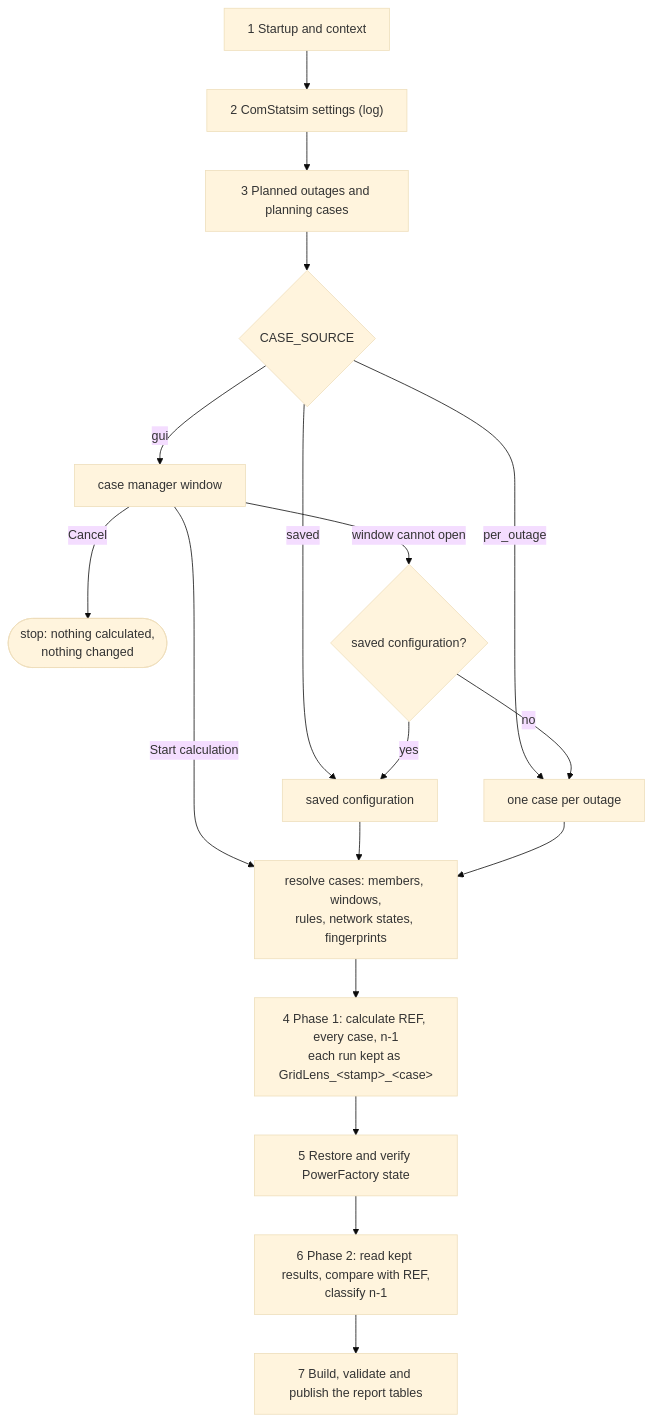
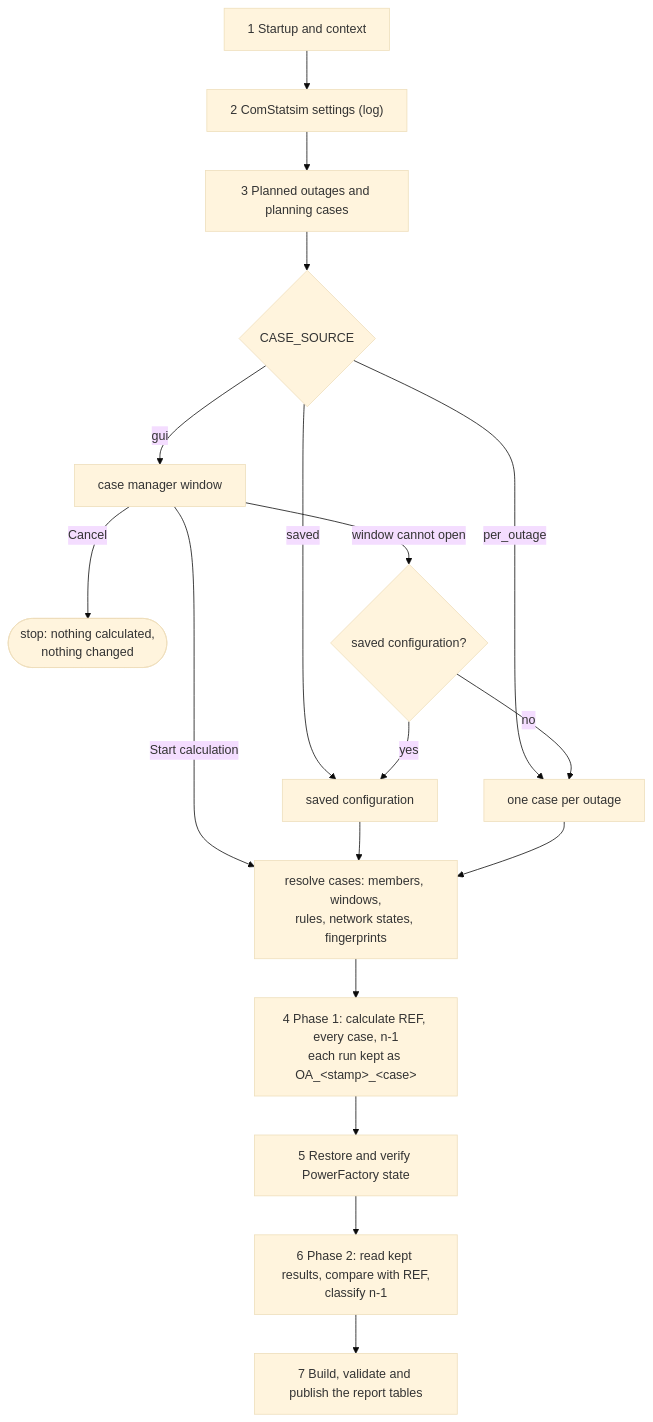
One commit to hadiibrahim-Engin/GridLensAssessment changed the second of 5 diagrams in docs/ARCHITECTURE.md. Above: the diagram before and after it, drawn with Mermaid (base theme). The commit also changed other lines of this file and 61 other files, not shown here.

First line of the commit message:
Refactor GridLens references to Outage Assessment in diagnostic probes and scripts

````diff
--- a/docs/ARCHITECTURE.md
+++ b/docs/ARCHITECTURE.md
@@ -89,20 +89,20 @@
 ```mermaid
 flowchart TD
     S1["1 Startup and context"] --> S2["2 ComStatsim settings (log)"]
     S2 --> S3["3 Planned outages and planning cases"]
     S3 --> SRC{"CASE_SOURCE"}
     SRC -- gui --> G["case manager window"]
     SRC -- saved --> SV["saved configuration"]
     SRC -- per_outage --> PO["one case per outage"]
     G -- Cancel --> X(["stop: nothing calculated,<br/>nothing changed"])
     G -- "window cannot open" --> FB{"saved configuration?"}
     FB -- yes --> SV
     FB -- no --> PO
     G -- "Start calculation" --> RQ
     SV --> RQ
     PO --> RQ["resolve cases: members, windows,<br/>rules, network states, fingerprints"]
-    RQ --> S4["4 Phase 1: calculate REF, every case, n-1<br/>each run kept as GridLens_&lt;stamp&gt;_&lt;case&gt;"]
+    RQ --> S4["4 Phase 1: calculate REF, every case, n-1<br/>each run kept as OA_&lt;stamp&gt;_&lt;case&gt;"]
     S4 --> S5["5 Restore and verify PowerFactory state"]
     S5 --> S6["6 Phase 2: read kept results, compare with REF,<br/>classify n-1"]
     S6 --> S7["7 Build, validate and publish the report tables"]
 ```
````
